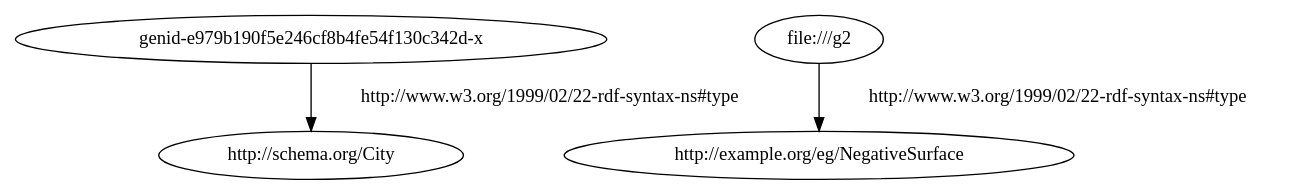
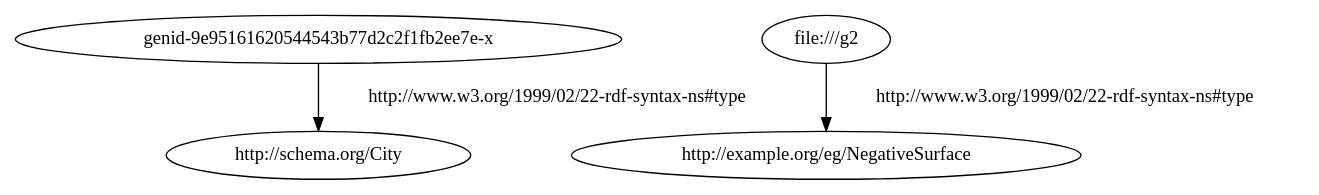
The diagram in test.dot (vcharpenay/eugene-rdf), drawn with Graphviz before and after one commit. The commit also changed 11 other files, not shown here.

Commit message:
partially implement graph merging

```diff
--- a/test.dot
+++ b/test.dot
@@ -1,1 +1,22 @@
-digraph { "genid-e979b190f5e246cf8b4fe54f130c342d-x" []; "http://schema.org/City" []; "file:///g2" []; "http://example.org/eg/NegativeSurface" []; "file:///g2" -> "http://example.org/eg/NegativeSurface" [label="http://www.w3.org/1999/02/22-rdf-syntax-ns#type"]; "genid-e979b190f5e246cf8b4fe54f130c342d-x" -> "http://schema.org/City" [label="http://www.w3.org/1999/02/22-rdf-syntax-ns#type"];  }
+digraph {
+	graph [bb="0,0,750.48,123"];
+	node [label="\N"];
+	"http://schema.org/City"	 [height=0.5,
+		pos="175.48,18",
+		width=2.5095];
+	"file:///g2"	 [height=0.5,
+		pos="474.48,105",
+		width=1.1374];
+	"http://example.org/eg/NegativeSurface"	 [height=0.5,
+		pos="474.48,18",
+		width=4.0982];
+	"file:///g2" -> "http://example.org/eg/NegativeSurface"	 [label="http://www.w3.org/1999/02/22-rdf-syntax-ns#type",
+		lp="612.48,61.5",
+		pos="e,474.48,36.003 474.48,86.974 474.48,75.192 474.48,59.561 474.48,46.158"];
+	"genid-9e95161620544543b77d2c2f1fb2ee7e-x"	 [height=0.5,
+		pos="175.48,105",
+		width=4.8746];
+	"genid-9e95161620544543b77d2c2f1fb2ee7e-x" -> "http://schema.org/City"	 [label="http://www.w3.org/1999/02/22-rdf-syntax-ns#type",
+		lp="313.48,61.5",
+		pos="e,175.48,36.003 175.48,86.974 175.48,75.192 175.48,59.561 175.48,46.158"];
+}
```
